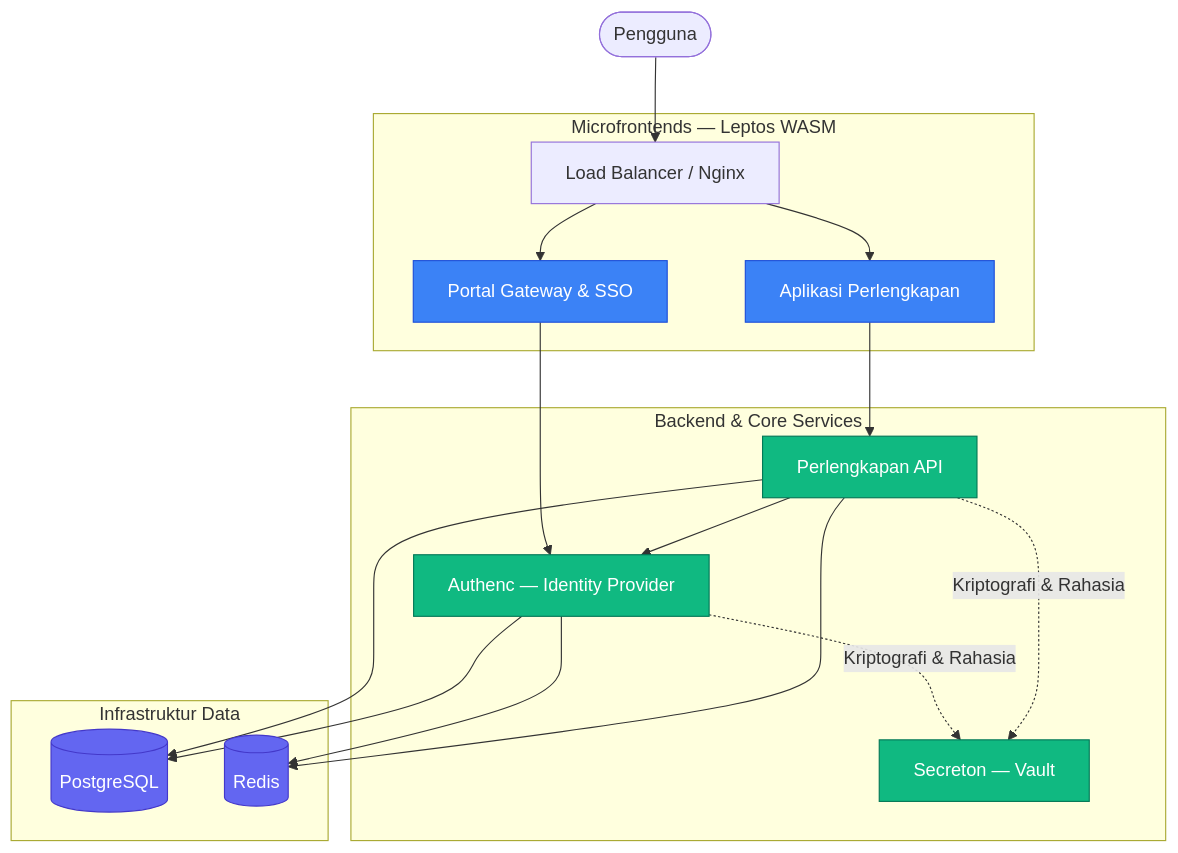
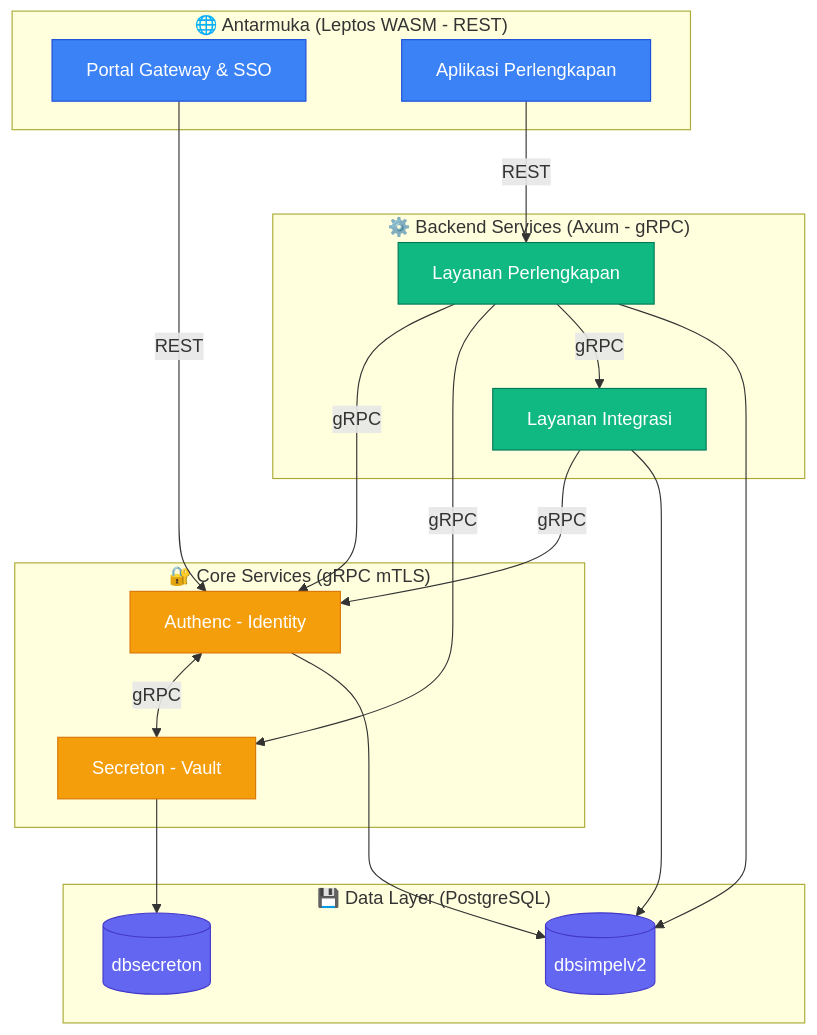
Before and after one commit to analisaperlengkapan/simpel2: the diagram in README.md, drawn with Mermaid. The commit also changed other lines of this file, not shown here.

````diff
--- a/README.md
+++ b/README.md
@@ -23,33 +26,45 @@
 ```mermaid
-graph TD
-    User([Pengguna]) --> LB[Load Balancer / Nginx]
-
-    subgraph Antarmuka [Microfrontends — Leptos WASM]
-        LB --> Portal[Portal Gateway & SSO]
-        LB --> Perlengkapan_UI[Aplikasi Perlengkapan]
+graph TB
+    subgraph Antarmuka ["🌐 Antarmuka (Leptos WASM - REST)"]
+        Portal[Portal Gateway & SSO]
+        Perlengkapan_UI[Aplikasi Perlengkapan]
     end
 
-    subgraph Layanan [Backend & Core Services]
-        Portal --> Authenc[Authenc — Identity Provider]
-        Perlengkapan_UI --> Perlengkapan_API[Perlengkapan API]
-        Perlengkapan_API --> Authenc
-
-        Authenc -. "Kriptografi & Rahasia" .-> Secreton[Secreton — Vault]
-        Perlengkapan_API -. "Kriptografi & Rahasia" .-> Secreton
+    subgraph Layanan ["⚙️ Backend Services (Axum - gRPC)"]
+        LP[Layanan Perlengkapan]
+        LI[Layanan Integrasi]
     end
 
-    subgraph Penyimpanan [Infrastruktur Data]
-        Perlengkapan_API --> DB[(PostgreSQL)]
-        Authenc --> DB
-        Authenc --> Redis[(Redis)]
-        Perlengkapan_API --> Redis
+    subgraph Core ["🔐 Core Services (gRPC mTLS)"]
+        Authenc[Authenc - Identity]
+        Secreton[Secreton - Vault]
     end
+
+    subgraph Data ["💾 Data Layer (PostgreSQL)"]
+        DB_Shared[(dbsimpelv2)]
+        DB_Secreton[(dbsecreton)]
+    end
+
+    Portal -->|REST| Authenc
+    Perlengkapan_UI -->|REST| LP
+    LP -->|gRPC| Authenc
+    LP -->|gRPC| Secreton
+    LP -->|gRPC| LI
+    LI -->|gRPC| Authenc
+    Authenc <-->|gRPC| Secreton
+
+    LP --> DB_Shared
+    LI --> DB_Shared
+    Authenc --> DB_Shared
+    Secreton --> DB_Secreton
 
     classDef frontend fill:#3b82f6,color:#fff,stroke:#1d4ed8;
     classDef backend fill:#10b981,color:#fff,stroke:#047857;
+    classDef core fill:#f59e0b,color:#fff,stroke:#d97706;
     classDef infra fill:#6366f1,color:#fff,stroke:#4338ca;
 
     class Portal,Perlengkapan_UI frontend;
-    class Authenc,Perlengkapan_API,Secreton backend;
-    class DB,Redis infra;
+    class LP,LI backend;
+    class Authenc,Secreton core;
+    class DB_Shared,DB_Secreton infra;
 ```
````
